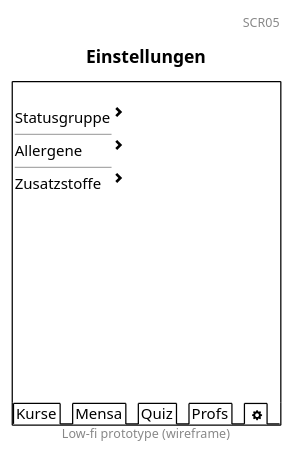
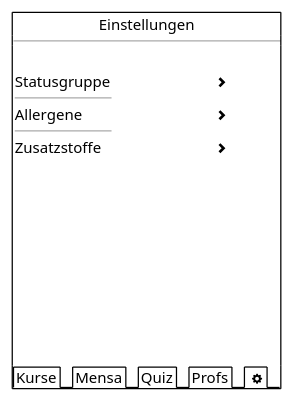
Before and after one commit to RobinNunkesser/plantuml: the diagram in scr5.pu, drawn with PlantUML. The commit also changed 6 other files, not shown here.

```diff
--- a/scr5.pu
+++ b/scr5.pu
@@ -1,26 +1,25 @@
 @startsalt
-title Einstellungen
-header SCR05
-footer Low-fi prototype (wireframe)
 {+
+""         "" Einstellungen
+--
 {
     .
-    Statusgruppe | <&chevron-right>
+    Statusgruppe | ""           "" <&chevron-right>
     ----
-    Allergene | <&chevron-right>
+    Allergene | ""           "" <&chevron-right>
     ----
-    Zusatzstoffe | <&chevron-right>
+    Zusatzstoffe | ""           "" <&chevron-right>
     .
     .
     .
     .
     .
     .
     .
     .
     .      
 }
 {/ Kurse | Mensa | Quiz | Profs | <b> <&cog> }
 }
 
 @endsalt
```
